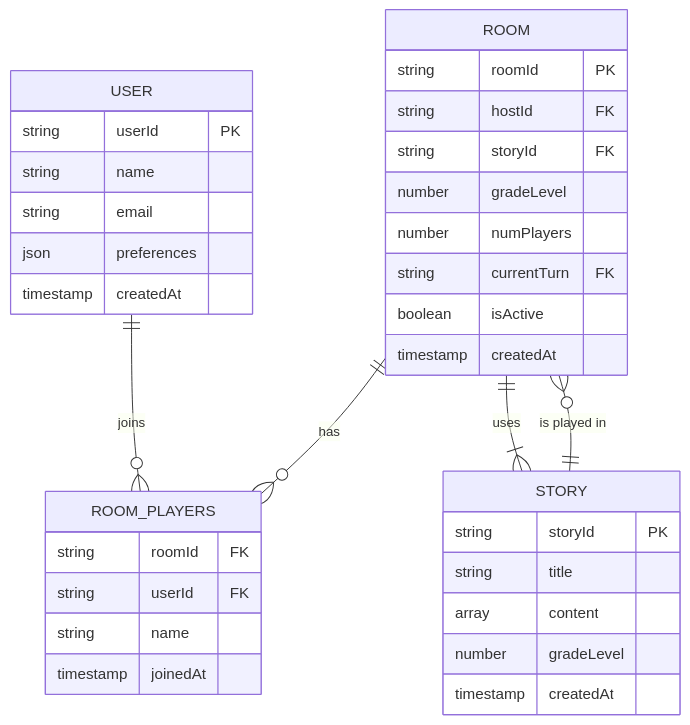
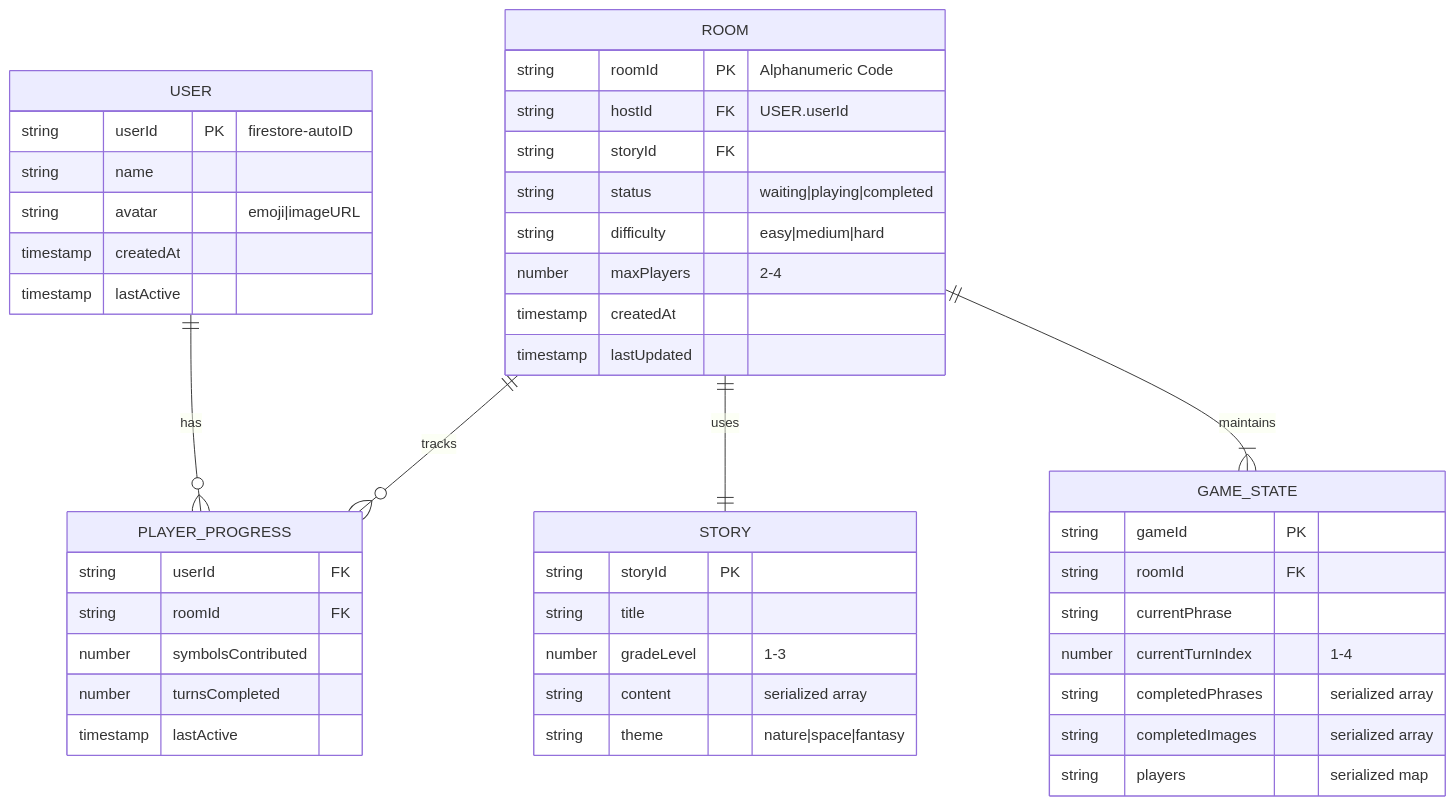
Before and after one commit to henryschoemer/project-aac-game-team-b_bugfix_team6: the third of 3 diagrams in documentation/docs/system-architecture/design.md, drawn with Mermaid. The commit also changed other lines of this file, not shown here.

````diff
--- a/documentation/docs/system-architecture/design.md
+++ b/documentation/docs/system-architecture/design.md
@@ -229,41 +304,52 @@
 ```mermaid
 erDiagram
+    USER ||--o{ PLAYER_PROGRESS : "has"
+    ROOM ||--o{ PLAYER_PROGRESS : "tracks"
+    ROOM ||--|| STORY : "uses"
+    ROOM ||--|{ GAME_STATE : "maintains"
+
     USER {
-        string userId PK
+        string userId PK "firestore-autoID"
         string name
-        string email
-        json preferences
+        string avatar "emoji|imageURL"
         timestamp createdAt
+        timestamp lastActive
     }
 
     ROOM {
-        string roomId PK
-        string hostId FK
+        string roomId PK "Alphanumeric Code"
+        string hostId FK "USER.userId"
         string storyId FK
-        number gradeLevel
-        number numPlayers
-        string currentTurn FK
-        boolean isActive
+        string status "waiting|playing|completed"
+        string difficulty "easy|medium|hard"
+        number maxPlayers "2-4"
         timestamp createdAt
+        timestamp lastUpdated
     }
 
     STORY {
         string storyId PK
         string title
-        array content
-        number gradeLevel
-        timestamp createdAt
+        number gradeLevel "1-3"
+        string content "serialized array"
+        string theme "nature|space|fantasy"
     }
 
-    ROOM_PLAYERS {
+    GAME_STATE {
+        string gameId PK
         string roomId FK
-        string userId FK
-        string name
-        timestamp joinedAt
+        string currentPhrase
+        number currentTurnIndex "1-4"
+        string completedPhrases "serialized array"
+        string completedImages "serialized array"
+        string players "serialized map"
     }
 
-    USER ||--o{ ROOM_PLAYERS : "joins"
-    ROOM ||--o{ ROOM_PLAYERS : "has"
-    ROOM ||--|{ STORY : "uses"
-    STORY ||--o{ ROOM : "is played in"
+    PLAYER_PROGRESS {
+        string userId FK
+        string roomId FK
+        number symbolsContributed
+        number turnsCompleted
+        timestamp lastActive
+    }
 ```
````
